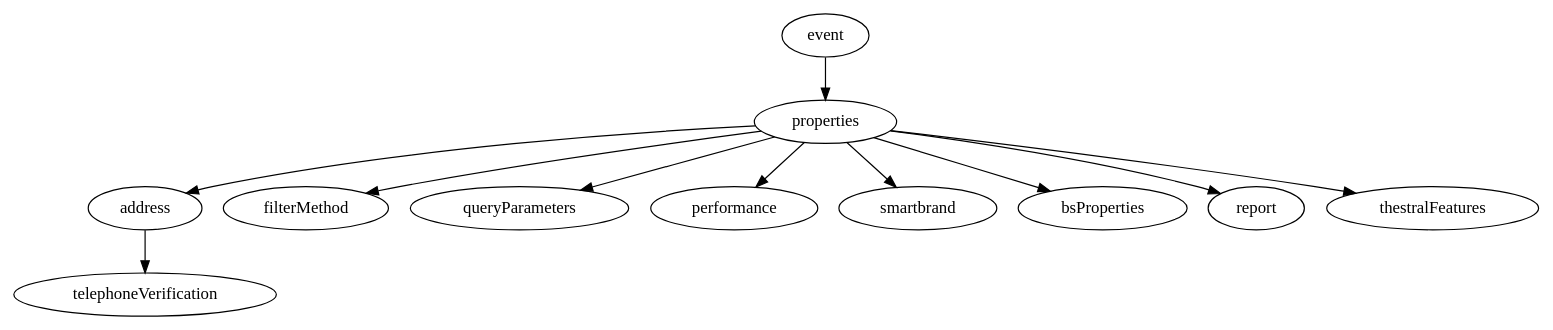
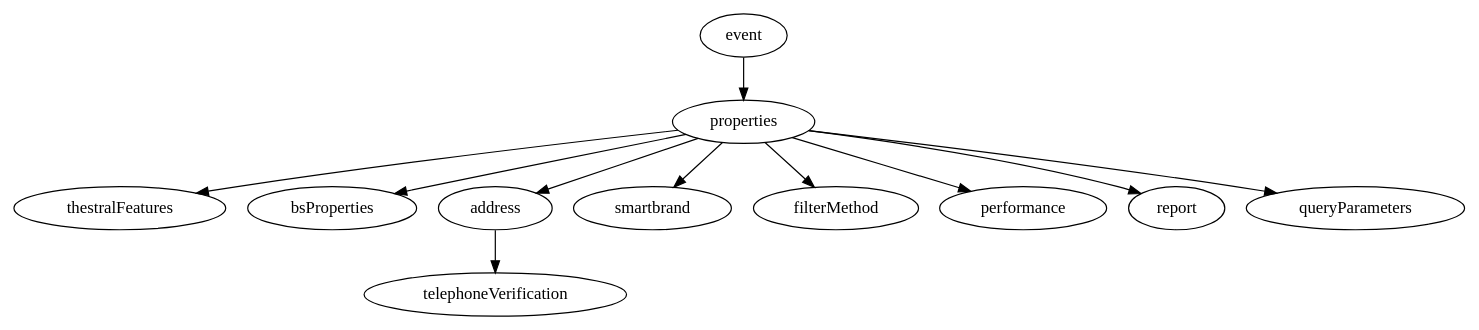
The diagram in Requirement/json_tree.gv (maiden7705/boxed-assignment-demo-1), drawn with Graphviz before and after one commit. The commit also changed other lines of this file and 6 other files, not shown here.

```diff
--- a/Requirement/json_tree.gv
+++ b/Requirement/json_tree.gv
@@ -1,12 +1,12 @@
 strict digraph tree {
+    properties -> thestralFeatures;
+    properties -> bsProperties;
     properties -> address;
+    address -> telephoneVerification;
+    properties -> smartbrand;
     properties -> filterMethod;
+    event -> properties;
+    properties -> performance;
+    properties -> report;
     properties -> queryParameters;
-    properties -> performance;
-    properties -> smartbrand;
-    properties -> bsProperties;
-    event -> properties;
-    properties -> report;
-    properties -> thestralFeatures;
-    address -> telephoneVerification;
 }
```
